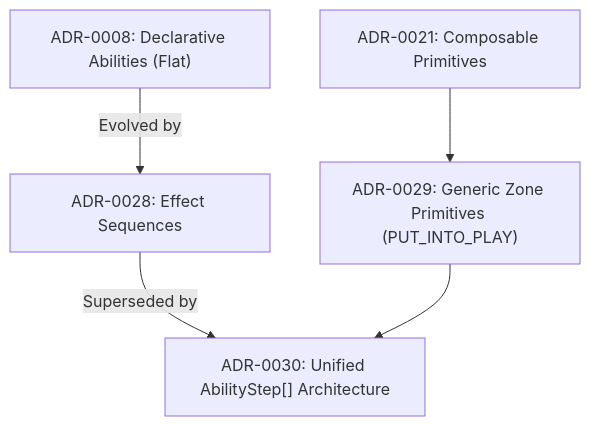
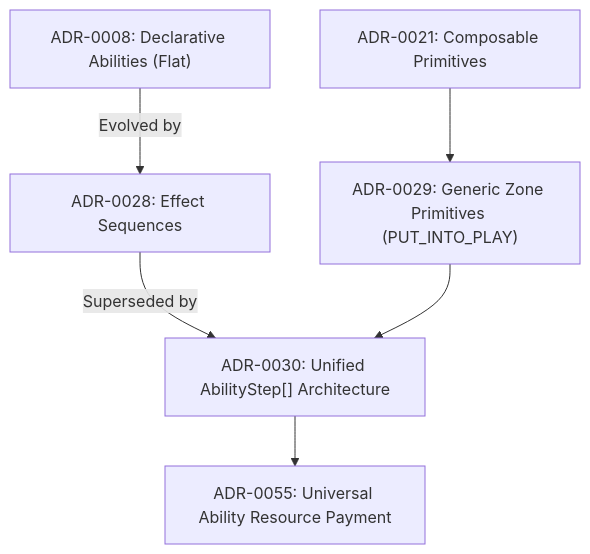
One commit to SteveRodrigue/MCD changed the second of 6 diagrams in docs/decisions/README.md. Above: the diagram before and after it, drawn with Mermaid. The commit also changed other lines of this file and 31 other files, not shown here.

````diff
--- a/docs/decisions/README.md
+++ b/docs/decisions/README.md
@@ -48,7 +48,8 @@
 ```mermaid
 graph TD
     ADR08["ADR-0008: Declarative Abilities (Flat)"] -->|Evolved by| ADR28["ADR-0028: Effect Sequences"]
     ADR28 -->|Superseded by| ADR30["ADR-0030: Unified AbilityStep[] Architecture"]
     ADR21["ADR-0021: Composable Primitives"] --> ADR29["ADR-0029: Generic Zone Primitives (PUT_INTO_PLAY)"]
     ADR29 --> ADR30
+    ADR30 --> ADR55["ADR-0055: Universal Ability Resource Payment"]
 ```
````
